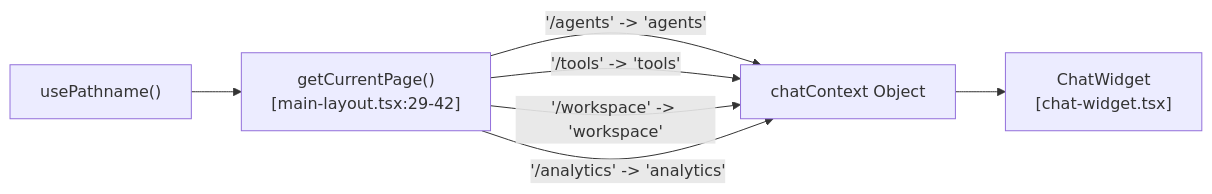
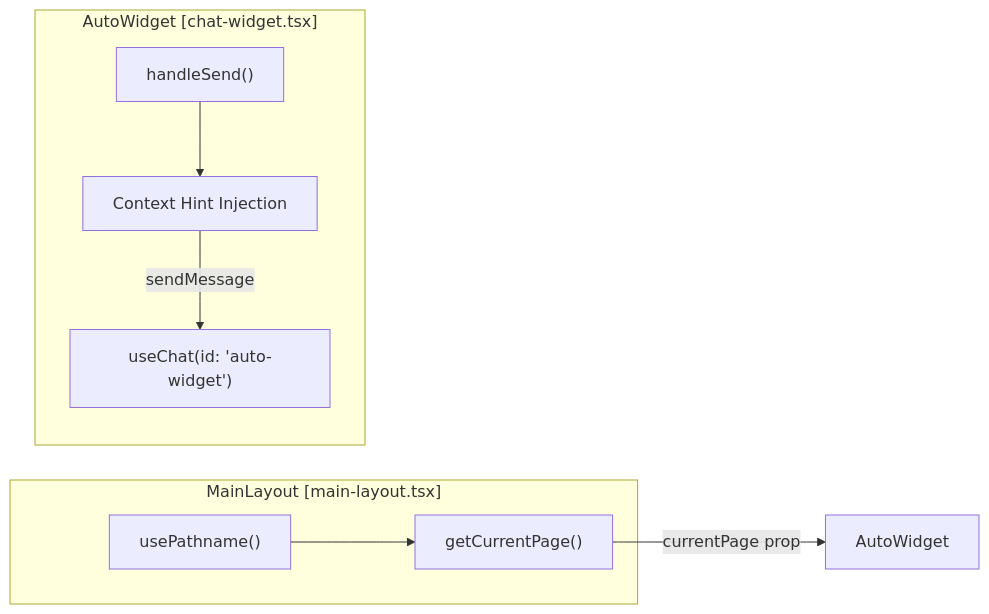
Before and after one commit to AutomatosAI/automatos-ai: the second of 3 diagrams in docs/frontend-architecture/navigation-layout.md, drawn with Mermaid. The commit also changed other lines of this file and 153 other files, not shown here.

````diff
--- a/docs/frontend-architecture/navigation-layout.md
+++ b/docs/frontend-architecture/navigation-layout.md
@@ -119,14 +126,18 @@
 ```mermaid
 graph LR
-    Pathname["usePathname()"]
-    Resolver["getCurrentPage()<br/>[main-layout.tsx:29-42]"]
-    Context["chatContext Object"]
-    Widget["ChatWidget<br/>[chat-widget.tsx]"]
+    subgraph "MainLayout [main-layout.tsx]"
+        pathname["usePathname()"]
+        pageContext["getCurrentPage()"]
+    end
 
-    Pathname --> Resolver
-    Resolver -->|"'/agents' -> 'agents'"| Context
-    Resolver -->|"'/tools' -> 'tools'"| Context
-    Resolver -->|"'/workspace' -> 'workspace'"| Context
-    Resolver -->|"'/analytics' -> 'analytics'"| Context
-    Context --> Widget
+    subgraph "AutoWidget [chat-widget.tsx]"
+        useChat["useChat(id: 'auto-widget')"]
+        handleSend["handleSend()"]
+        contextHint["Context Hint Injection"]
+    end
+
+    pathname --> pageContext
+    pageContext -->|currentPage prop| AutoWidget
+    handleSend --> contextHint
+    contextHint -->|sendMessage| useChat
 ```
````
